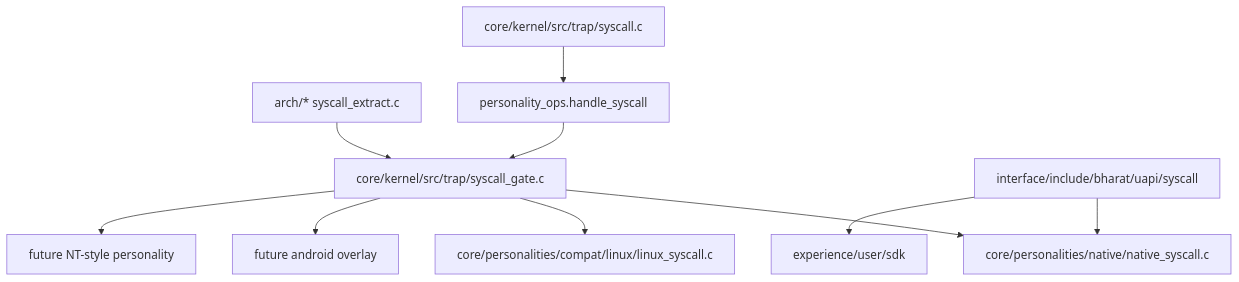
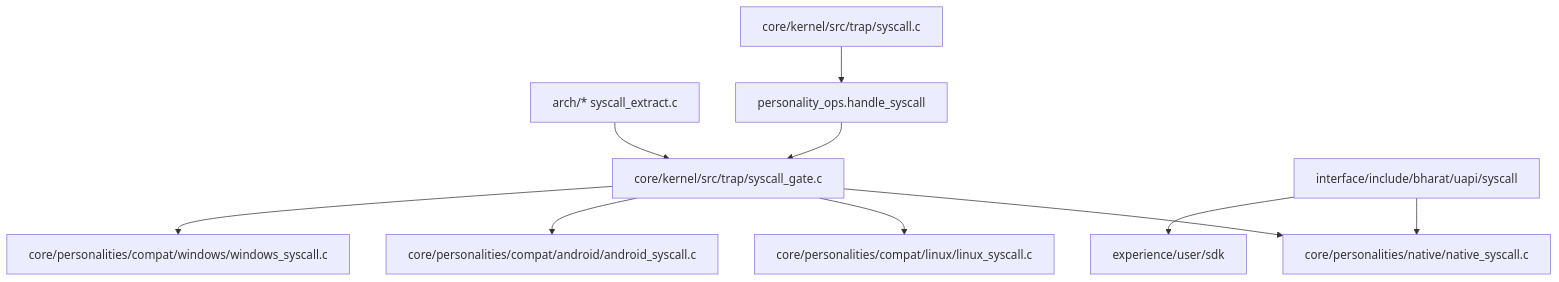
The second of 2 diagrams in docs/architecture/syscall/syscall-abi-boundary.md (CloudCarpentry/Bharat-OS), drawn with Mermaid before and after one commit. The commit also changed other lines of this file and 23 other files, not shown here.

````diff
--- a/docs/architecture/syscall/syscall-abi-boundary.md
+++ b/docs/architecture/syscall/syscall-abi-boundary.md
@@ -52,13 +52,13 @@
 ```mermaid
 flowchart TD
     Arch[arch/* syscall_extract.c] --> Gate[core/kernel/src/trap/syscall_gate.c]
     Trap[core/kernel/src/trap/syscall.c] --> Pers[personality_ops.handle_syscall]
     Pers --> Gate
     Gate --> Native[core/personalities/native/native_syscall.c]
     Gate --> Linux[core/personalities/compat/linux/linux_syscall.c]
-    Gate --> Android[future android overlay]
-    Gate --> Windows[future NT-style personality]
+    Gate --> Android[core/personalities/compat/android/android_syscall.c]
+    Gate --> Windows[core/personalities/compat/windows/windows_syscall.c]
 
     UAPI[interface/include/bharat/uapi/syscall] --> Native
     UAPI --> SDK[experience/user/sdk]
 ```
````
